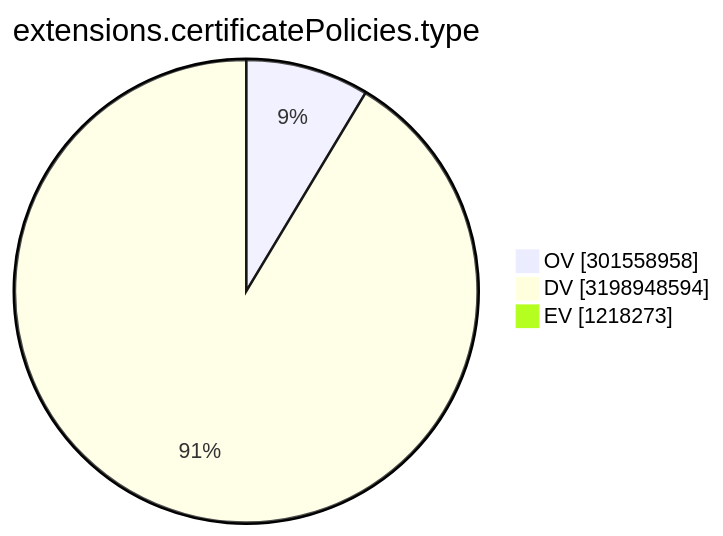
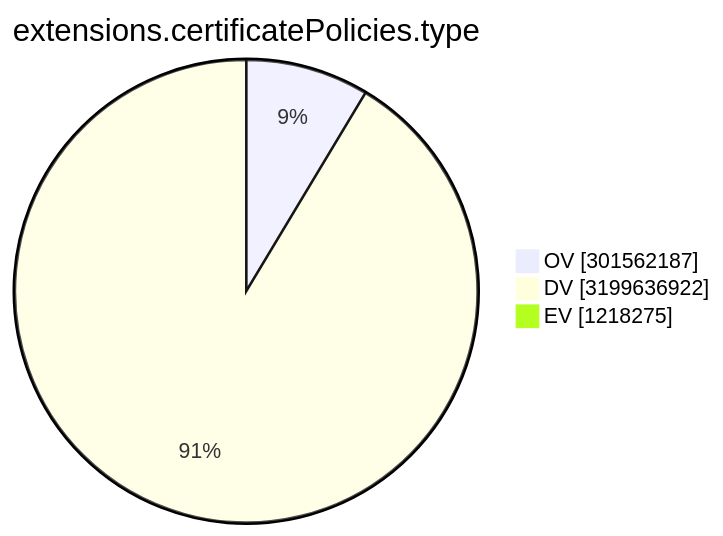
The ninth of 15 diagrams in TOTAL/README.md (christiankrug/ctmonitor_visualization), drawn with Mermaid before and after one commit. The commit also changed other lines of this file, not shown here.

````diff
--- a/TOTAL/README.md
+++ b/TOTAL/README.md
@@ -3106,7 +3106,7 @@
 ```mermaid
 pie showData
 title extensions.certificatePolicies.type
-"OV" :301558958
-"DV" :3198948594
-"EV" :1218273
+"OV" :301562187
+"DV" :3199636922
+"EV" :1218275
 ```
````
